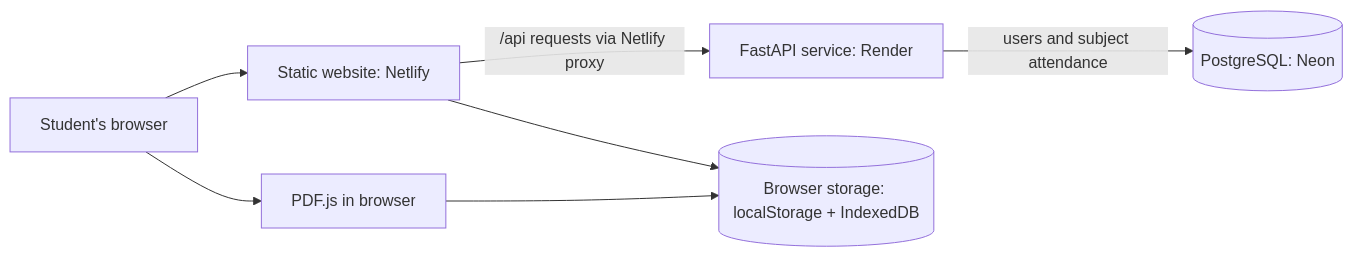
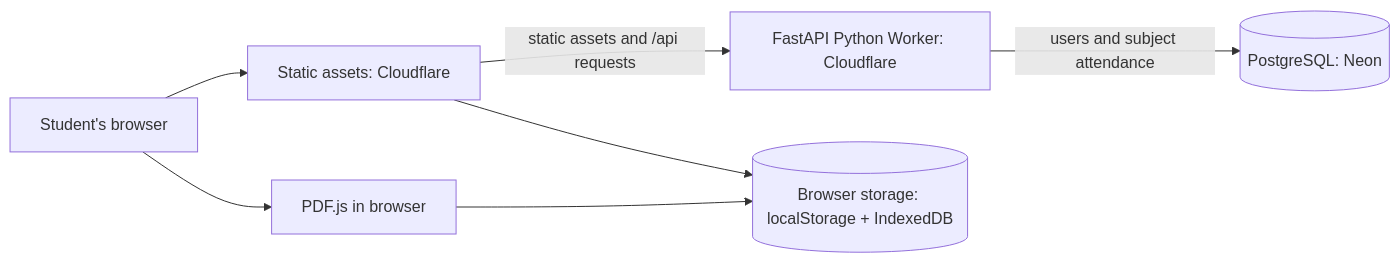
Before and after one commit to VishwasBuildsStuff/attend: the diagram in PROJECT_BLUEPRINT.md, drawn with Mermaid. The commit also changed other lines of this file and 17 other files, not shown here.

````diff
--- a/PROJECT_BLUEPRINT.md
+++ b/PROJECT_BLUEPRINT.md
@@ -11,16 +11,16 @@
 ```mermaid
 flowchart LR
   Student[Student's browser]
-  Site[Static website: Netlify]
-  API[FastAPI service: Render]
+  Site[Static assets: Cloudflare]
+  API[FastAPI Python Worker: Cloudflare]
   DB[(PostgreSQL: Neon)]
   Local[(Browser storage: localStorage + IndexedDB)]
   PDF[PDF.js in browser]
 
   Student --> Site
   Site --> Local
   Student --> PDF
   PDF --> Local
-  Site -->|/api requests via Netlify proxy| API
+  Site -->|static assets and /api requests| API
   API -->|users and subject attendance| DB
 ```
````
